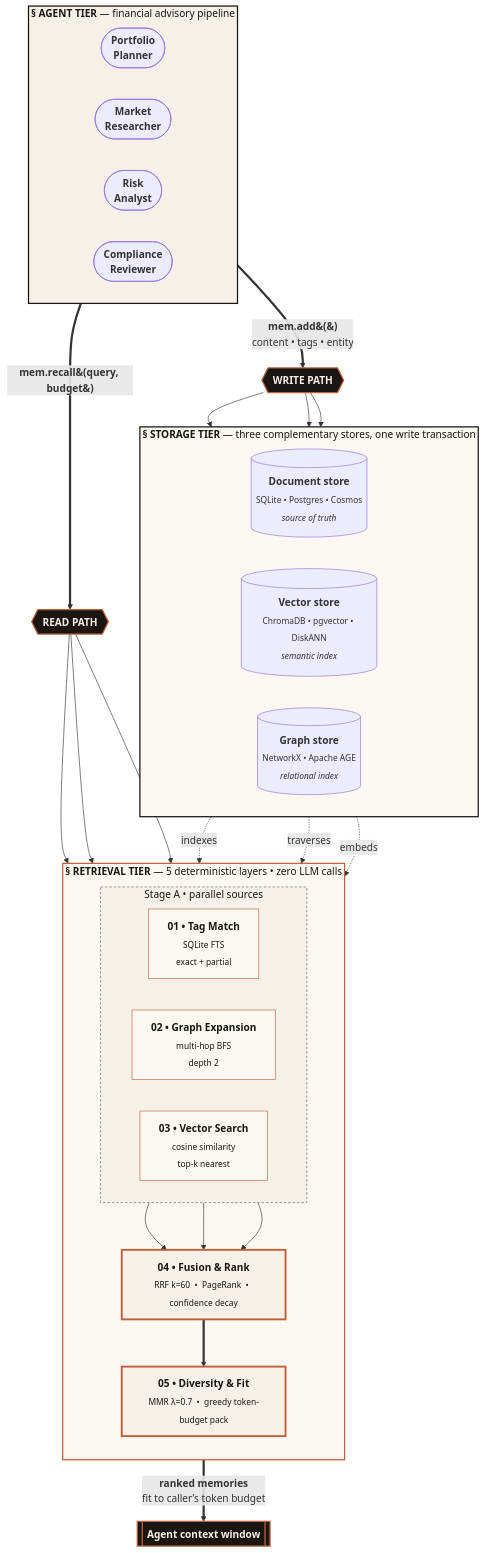
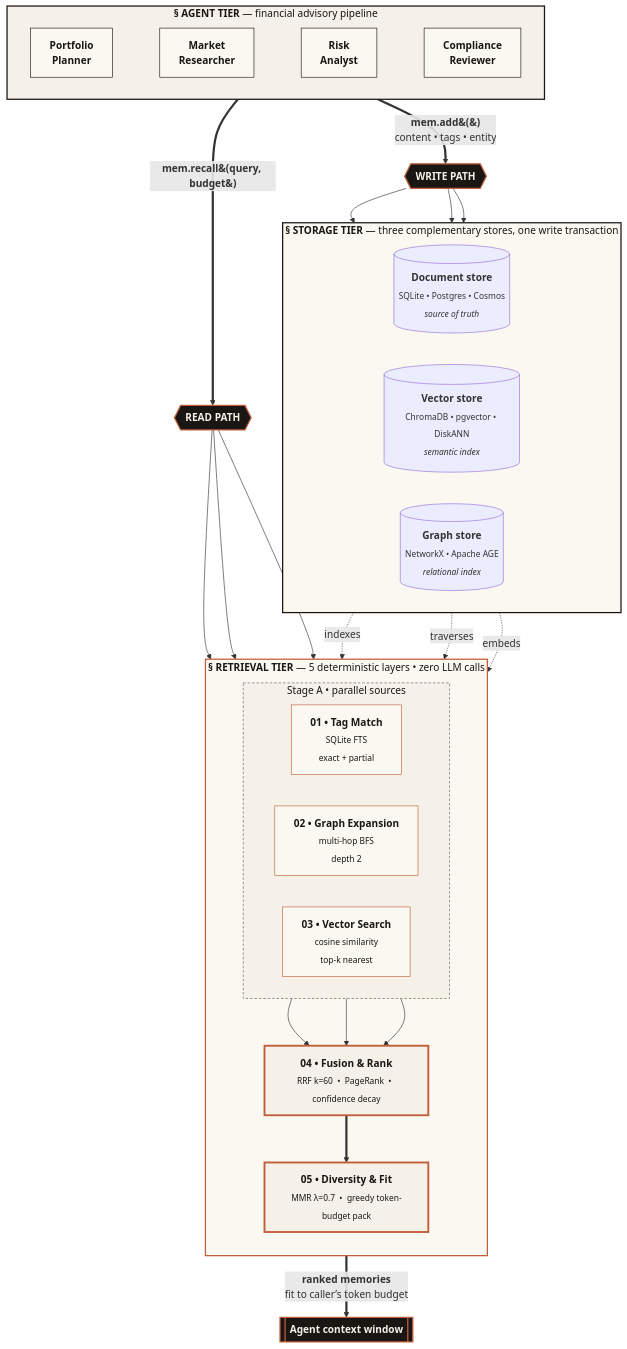
Before and after one commit to bolnet/attestor: the first of 2 diagrams in README.md, drawn with Mermaid.

Commit message:
docs: force agent tier into 4 horizontal boxes to reduce vertical space

````diff
--- a/README.md
+++ b/README.md
@@ -40,73 +40,78 @@
 ```mermaid
 flowchart TB
     %% === AGENT TIER ===
     subgraph AGENTS [<b>&sect; AGENT TIER</b> &mdash; financial advisory pipeline]
         direction LR
-        A1([<b>Portfolio<br/>Planner</b>])
-        A2([<b>Market<br/>Researcher</b>])
-        A3([<b>Risk<br/>Analyst</b>])
-        A4([<b>Compliance<br/>Reviewer</b>])
+        A1[<b>Portfolio<br/>Planner</b>]
+        A2[<b>Market<br/>Researcher</b>]
+        A3[<b>Risk<br/>Analyst</b>]
+        A4[<b>Compliance<br/>Reviewer</b>]
+        A1 ~~~ A2 ~~~ A3 ~~~ A4
     end
 
     %% === API SURFACE ===
     AGENTS ==>|<b>mem.add&#40;&#41;</b><br/>content &bull; tags &bull; entity| WRITE{{<b>WRITE PATH</b>}}
     AGENTS ==>|<b>mem.recall&#40;query, budget&#41;</b>| READ{{<b>READ PATH</b>}}
 
     %% === STORAGE TIER ===
     subgraph STORAGE [<b>&sect; STORAGE TIER</b> &mdash; three complementary stores, one write transaction]
         direction LR
         S1[(<b>Document store</b><br/><sub>SQLite &bull; Postgres &bull; Cosmos<br/><i>source of truth</i></sub>)]
         S2[(<b>Vector store</b><br/><sub>ChromaDB &bull; pgvector &bull; DiskANN<br/><i>semantic index</i></sub>)]
         S3[(<b>Graph store</b><br/><sub>NetworkX &bull; Apache AGE<br/><i>relational index</i></sub>)]
     end
 
     WRITE --> S1
     WRITE --> S2
     WRITE --> S3
 
     %% === RETRIEVAL TIER ===
     subgraph RETRIEVAL [<b>&sect; RETRIEVAL TIER</b> &mdash; 5 deterministic layers &bull; zero LLM calls]
         direction TB
 
         subgraph SOURCES [Stage A &bull; parallel sources]
             direction LR
             L1[<b>01 &bull; Tag Match</b><br/><sub>SQLite FTS<br/>exact + partial</sub>]
             L2[<b>02 &bull; Graph Expansion</b><br/><sub>multi-hop BFS<br/>depth 2</sub>]
             L3[<b>03 &bull; Vector Search</b><br/><sub>cosine similarity<br/>top-k nearest</sub>]
         end
 
         L4[<b>04 &bull; Fusion &amp; Rank</b><br/><sub>RRF k=60 &nbsp;&bull;&nbsp; PageRank &nbsp;&bull;&nbsp; confidence decay</sub>]
         L5[<b>05 &bull; Diversity &amp; Fit</b><br/><sub>MMR &lambda;=0.7 &nbsp;&bull;&nbsp; greedy token-budget pack</sub>]
 
         L1 --> L4
         L2 --> L4
         L3 --> L4
         L4 ==> L5
     end
 
     %% read fan-out and storage wiring
     READ --> L1
     READ --> L2
     READ --> L3
 
     S1 -. indexes .-> L1
     S3 -. traverses .-> L2
     S2 -. embeds .-> L3
 
     %% === OUTPUT ===
     L5 ==>|<b>ranked memories</b><br/>fit to caller&rsquo;s token budget| CTX[[<b>Agent context window</b>]]
 
     %% === STYLING ===
     style AGENTS    fill:#F5F1E8,stroke:#1A1614,stroke-width:2px,color:#1A1614
+    style A1        fill:#FBF8F1,stroke:#1A1614,color:#1A1614
+    style A2        fill:#FBF8F1,stroke:#1A1614,color:#1A1614
+    style A3        fill:#FBF8F1,stroke:#1A1614,color:#1A1614
+    style A4        fill:#FBF8F1,stroke:#1A1614,color:#1A1614
     style STORAGE   fill:#FBF8F1,stroke:#1A1614,stroke-width:2px,color:#1A1614
     style RETRIEVAL fill:#FBF8F1,stroke:#C15F3C,stroke-width:2px,color:#1A1614
     style SOURCES   fill:#F5F1E8,stroke:#6B5F4F,stroke-dasharray:4 3,color:#1A1614
     style WRITE     fill:#1A1614,stroke:#C15F3C,stroke-width:2px,color:#F5F1E8
     style READ      fill:#1A1614,stroke:#C15F3C,stroke-width:2px,color:#F5F1E8
     style L1        fill:#FBF8F1,stroke:#C15F3C,color:#1A1614
     style L2        fill:#FBF8F1,stroke:#C15F3C,color:#1A1614
     style L3        fill:#FBF8F1,stroke:#C15F3C,color:#1A1614
     style L4        fill:#F5F1E8,stroke:#C15F3C,stroke-width:3px,color:#1A1614
     style L5        fill:#F5F1E8,stroke:#C15F3C,stroke-width:3px,color:#1A1614
     style CTX       fill:#1A1614,stroke:#C15F3C,stroke-width:2px,color:#F5F1E8
 ```
````
